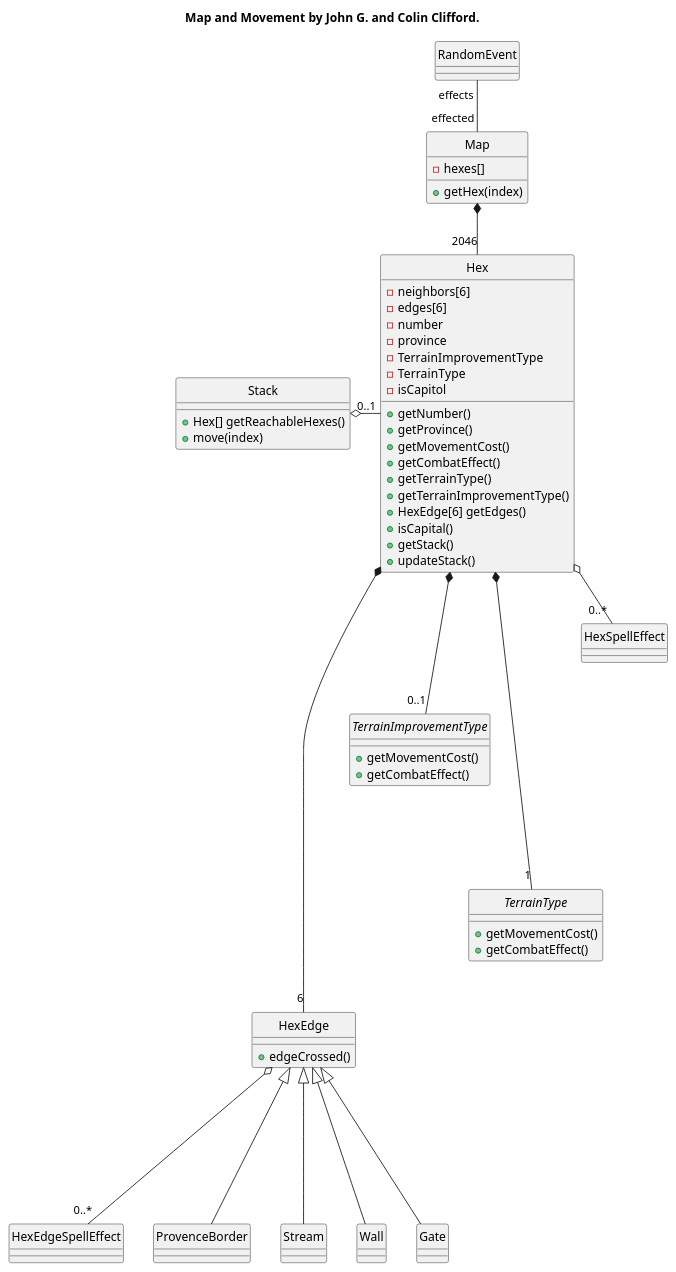
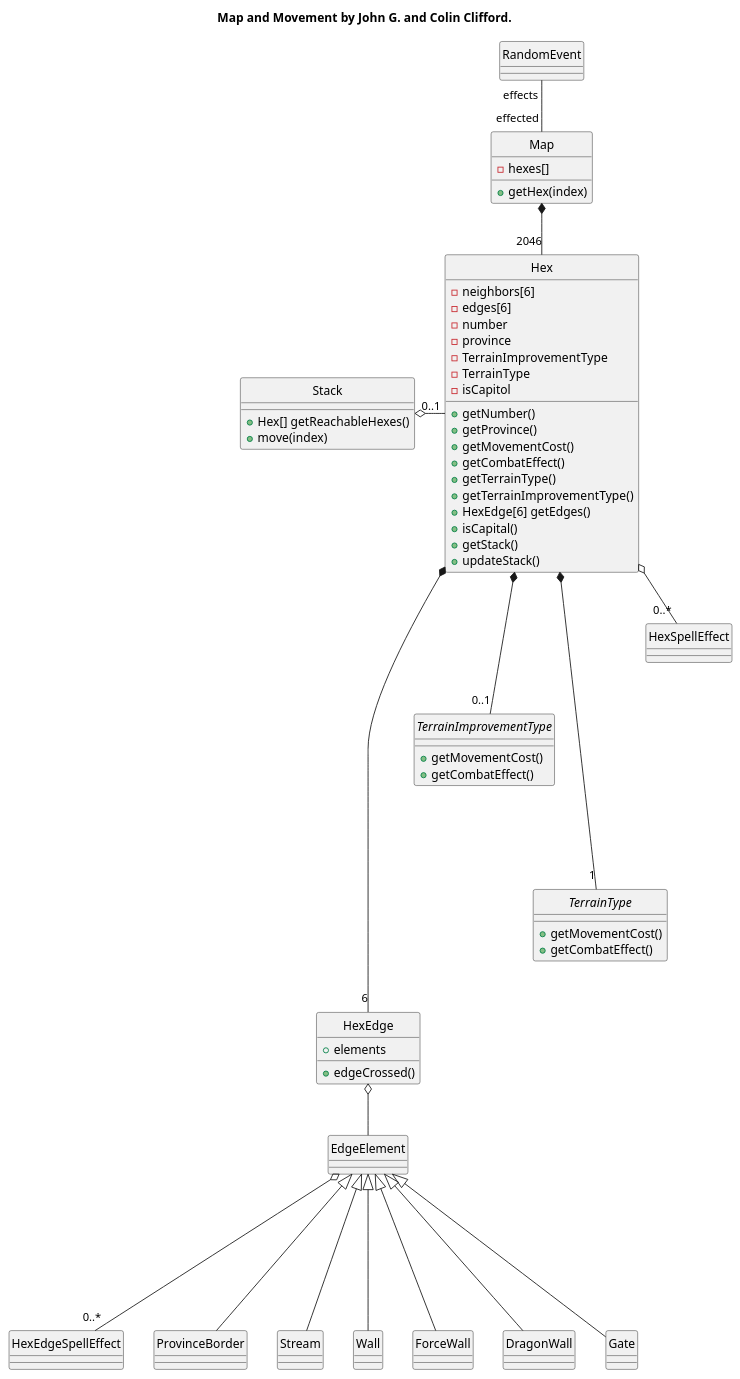
One commit to cjeffery/sworsorc changed the diagram in doc/hw3/B/ClassDiagrams/Map.pu. Above: the diagram before and after it, drawn with PlantUML. The commit also changed 4 other files, not shown here.

```diff
--- a/doc/hw3/B/ClassDiagrams/Map.pu
+++ b/doc/hw3/B/ClassDiagrams/Map.pu
@@ -1,70 +1,73 @@
 @startuml
 title Map and Movement by John G. and Colin Clifford.
 hide circle
 
 class Map {
 -hexes[]
 +getHex(index)
 }
 
 class Hex {
 -neighbors[6]
 -edges[6]
 -number
 -province
 -TerrainImprovementType
 -TerrainType
 -isCapitol
 +getNumber()
 +getProvince()
 +getMovementCost()
 +getCombatEffect()
 +getTerrainType()
 +getTerrainImprovementType()
 +HexEdge[6] getEdges()
 +isCapital()
 +getStack()
 +updateStack()
 }
 
 class Stack {
 	+Hex[] getReachableHexes()
 	+move(index)
 }
 
 class HexEdge {
-+edgeCrossed()
+	+elements
+	+edgeCrossed()
 }
 
 interface TerrainImprovementType {
 +getMovementCost()
 +getCombatEffect()
 }
 
 interface TerrainType {
 +getMovementCost()
 +getCombatEffect()
 }
 
 class HexEdgeSpellEffect
 class     HexSpellEffect
 
 RandomEvent "effects" -- "effected" Map
 
 
 Map *-- "2046" Hex
 Stack "0..1" o- Hex
 
 
 Hex *----- "1" TerrainType
 Hex *--- "0..1" TerrainImprovementType
 Hex *------ "6" HexEdge 
 Hex o-- "0..*" HexSpellEffect
 
-
-HexEdge <|---- ProvenceBorder
-HexEdge <|---- Stream
-HexEdge <|---- Wall
-HexEdge  o---- "0..*" HexEdgeSpellEffect
-HexEdge <|---- Gate
+HexEdge o-- EdgeElement
+EdgeElement <|---- ProvinceBorder
+EdgeElement <|---- Stream
+EdgeElement <|---- Wall
+EdgeElement <|---- ForceWall
+EdgeElement <|---- DragonWall
+EdgeElement  o---- "0..*" HexEdgeSpellEffect
+EdgeElement <|---- Gate
 @enduml
```
